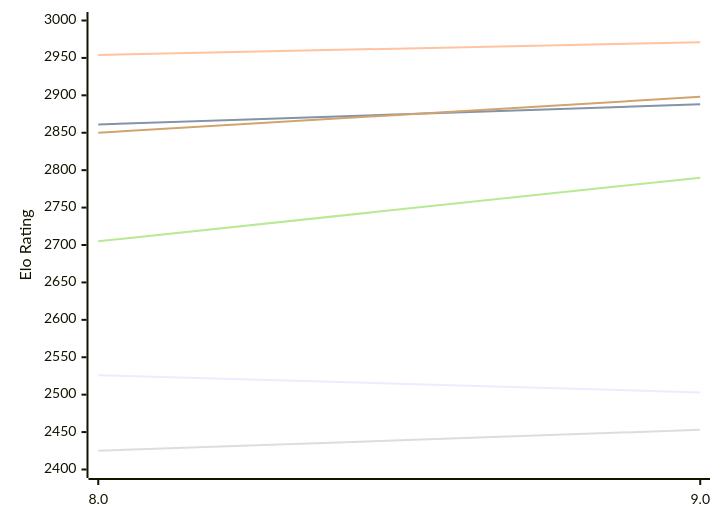
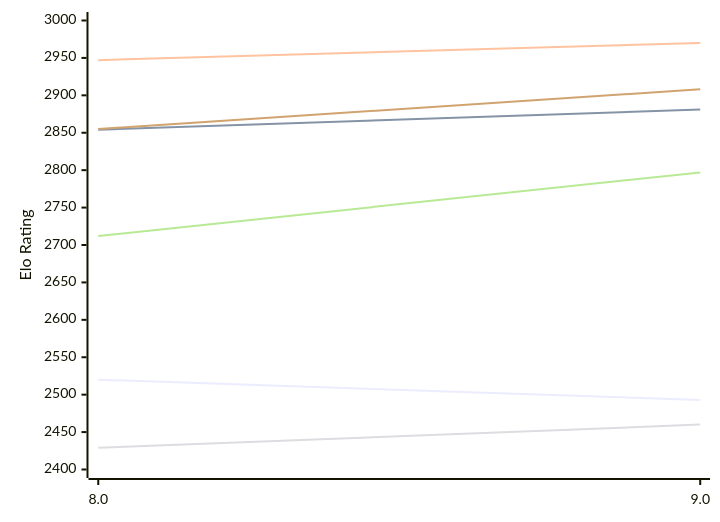
One commit to computer-chess-index/cci changed the first of 2 diagrams in engines/4kc.md. Above: the diagram before and after it, drawn with Mermaid. The commit also changed other lines of this file, not shown here.

Commit message:
Update CCI Ratings (ELO VLTC) - 2026-11-18

````diff
--- a/engines/4kc.md
+++ b/engines/4kc.md
@@ -51,12 +51,12 @@
 ```mermaid
 %%{init: {"theme":"base","themeVariables":{"seriesColors:['#a3a3a3','#222221','#faa371']}}}%%
 xychart-beta
   x-axis ["8.0", "9.0"]
   y-axis "Elo Rating" 2400 --> 3000
-  line "E1: STC (8.0+0.08s)" [2526, 2503]
-  line "E1: LTC (60.0+0.60s)" [2861, 2888]
-  line "E1: VLTC (2m24s+1.12s)" [2954, 2971]
-  line "P1: STC (8.0+0.08s)" [2425, 2453]
-  line "P1: LTC (60.0+0.60s)" [2705, 2790]
-  line "P1: VLTC (2m24s+1.12s)" [2850, 2898]
+  line "E1: STC (8.0+0.08s)" [2520, 2493]
+  line "E1: LTC (60.0+0.60s)" [2854, 2881]
+  line "E1: VLTC (2m24s+1.12s)" [2947, 2970]
+  line "P1: STC (8.0+0.08s)" [2429, 2460]
+  line "P1: LTC (60.0+0.60s)" [2712, 2797]
+  line "P1: VLTC (2m24s+1.12s)" [2855, 2908]
 ```
````
